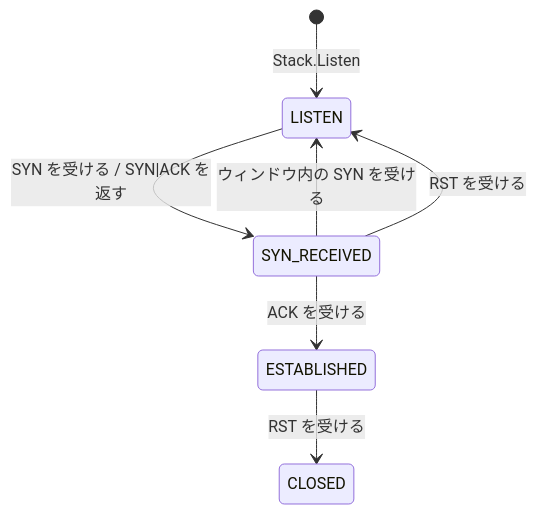
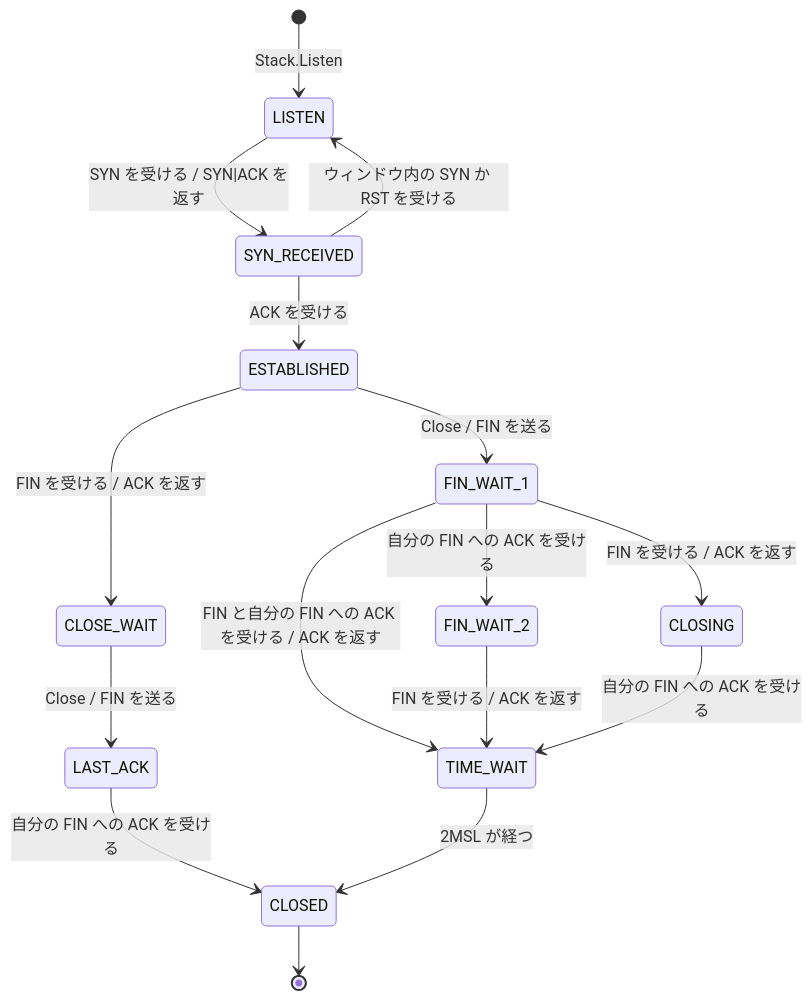
The fourth of 4 diagrams in internal/stack/README.md (no2ca/go-tuntcp), drawn with Mermaid before and after one commit. The commit also changed other lines of this file and 4 other files, not shown here.

````diff
--- a/internal/stack/README.md
+++ b/internal/stack/README.md
@@ -106,9 +141,18 @@
 ```mermaid
 stateDiagram-v2
     [*] --> LISTEN: Stack.Listen
     LISTEN --> SYN_RECEIVED: SYN を受ける / SYN|ACK を返す
     SYN_RECEIVED --> ESTABLISHED: ACK を受ける
-    SYN_RECEIVED --> LISTEN: ウィンドウ内の SYN を受ける
-    SYN_RECEIVED --> LISTEN: RST を受ける
-    ESTABLISHED --> CLOSED: RST を受ける
+    SYN_RECEIVED --> LISTEN: ウィンドウ内の SYN か RST を受ける
+    ESTABLISHED --> FIN_WAIT_1: Close / FIN を送る
+    ESTABLISHED --> CLOSE_WAIT: FIN を受ける / ACK を返す
+    FIN_WAIT_1 --> FIN_WAIT_2: 自分の FIN への ACK を受ける
+    FIN_WAIT_1 --> CLOSING: FIN を受ける / ACK を返す
+    FIN_WAIT_1 --> TIME_WAIT: FIN と自分の FIN への ACK を受ける / ACK を返す
+    FIN_WAIT_2 --> TIME_WAIT: FIN を受ける / ACK を返す
+    CLOSING --> TIME_WAIT: 自分の FIN への ACK を受ける
+    CLOSE_WAIT --> LAST_ACK: Close / FIN を送る
+    LAST_ACK --> CLOSED: 自分の FIN への ACK を受ける
+    TIME_WAIT --> CLOSED: 2MSL が経つ
+    CLOSED --> [*]
 ```
````
